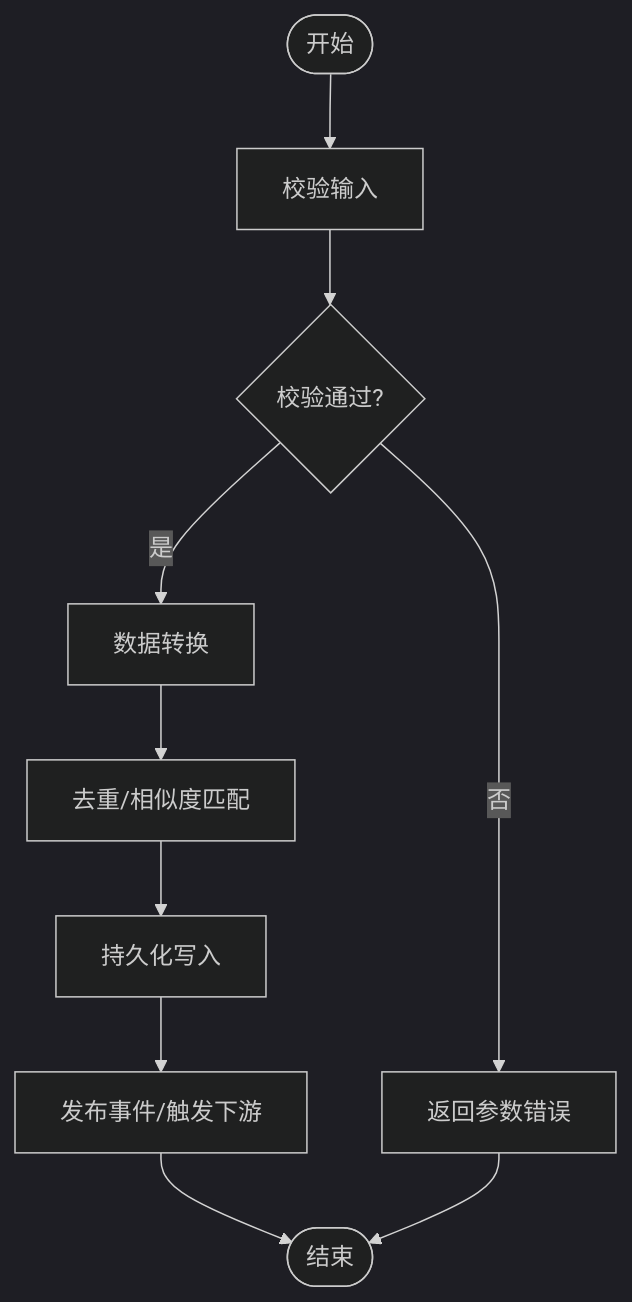
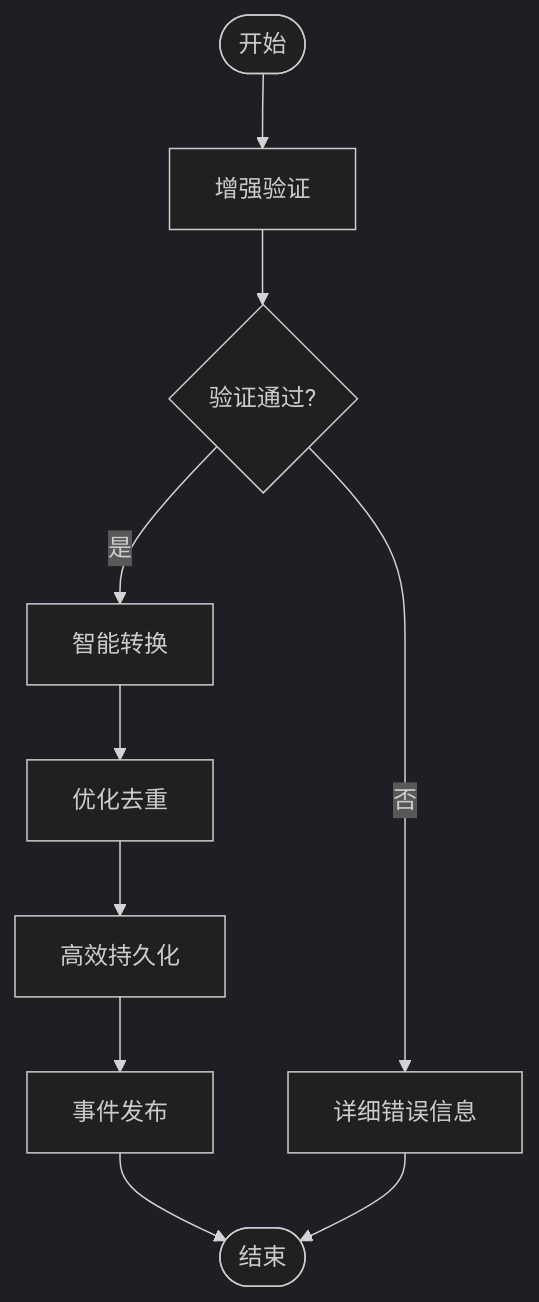
One commit to xufuyu/Lumen changed the fifth of 6 diagrams in .qoder/repowiki/zh/content/后端开发/后端开发.md. Above: the diagram before and after it, drawn with Mermaid (dark theme). The commit also changed other lines of this file and 43 other files, not shown here.

````diff
--- a/.qoder/repowiki/zh/content/后端开发/后端开发.md
+++ b/.qoder/repowiki/zh/content/后端开发/后端开发.md
@@ -314,12 +324,12 @@
 ```mermaid
 flowchart TD
-Start(["开始"]) --> Validate["校验输入"]
-Validate --> Valid{"校验通过?"}
-Valid --> |否| Error["返回参数错误"]
-Valid --> |是| Transform["数据转换"]
-Transform --> Dedup["去重/相似度匹配"]
-Dedup --> Persist["持久化写入"]
-Persist --> Publish["发布事件/触发下游"]
+Start(["开始"]) --> Validate["增强验证"]
+Validate --> Valid{"验证通过?"}
+Valid --> |否| Error["详细错误信息"]
+Valid --> |是| Transform["智能转换"]
+Transform --> Dedup["优化去重"]
+Dedup --> Persist["高效持久化"]
+Persist --> Publish["事件发布"]
 Publish --> End(["结束"])
 Error --> End
 ```
````
